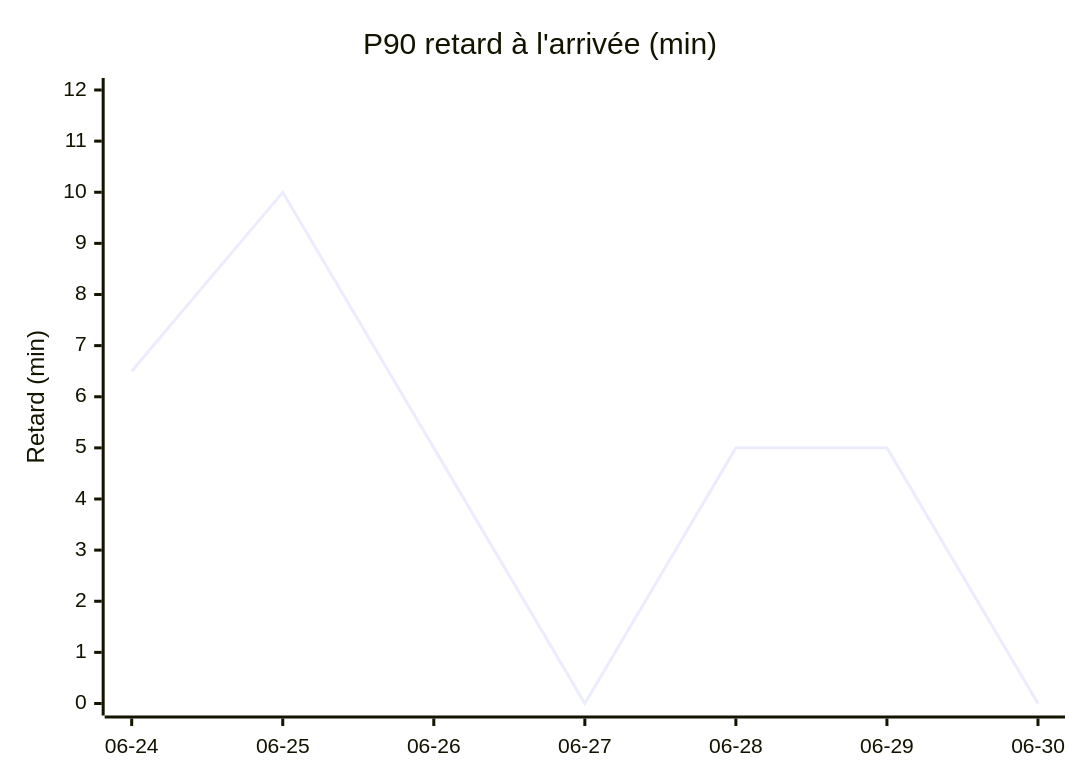
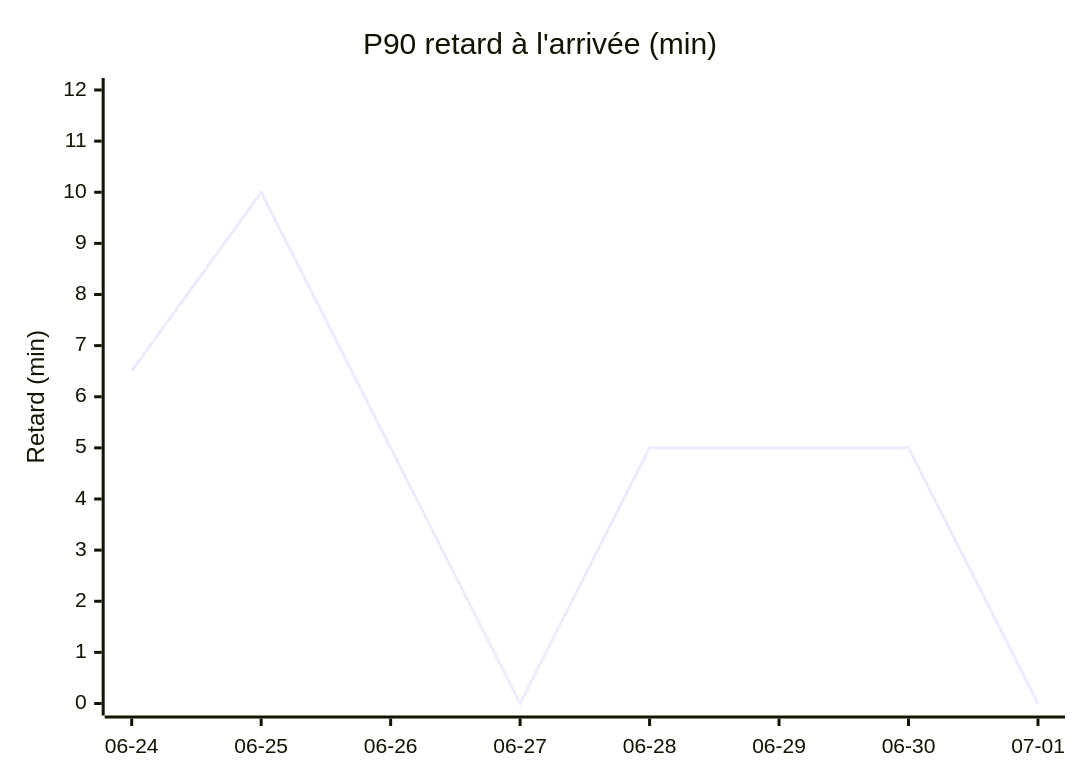
One commit to antoinerep/horaire-ter changed the first of 4 diagrams in STATS.md. Above: the diagram before and after it, drawn with Mermaid. The commit also changed other lines of this file and 1 other file, not shown here.

````diff
--- a/STATS.md
+++ b/STATS.md
@@ -29,7 +29,7 @@
 ```mermaid
 xychart-beta
     title "P90 retard à l'arrivée (min)"
-    x-axis ["06-24", "06-25", "06-26", "06-27", "06-28", "06-29", "06-30"]
+    x-axis ["06-24", "06-25", "06-26", "06-27", "06-28", "06-29", "06-30", "07-01"]
     y-axis "Retard (min)" 0 --> 12
-    line [6.5, 10.0, 5.0, 0.0, 5.0, 5.0, 0.0]
+    line [6.5, 10.0, 5.0, 0.0, 5.0, 5.0, 5.0, 0.0]
 ```
````
